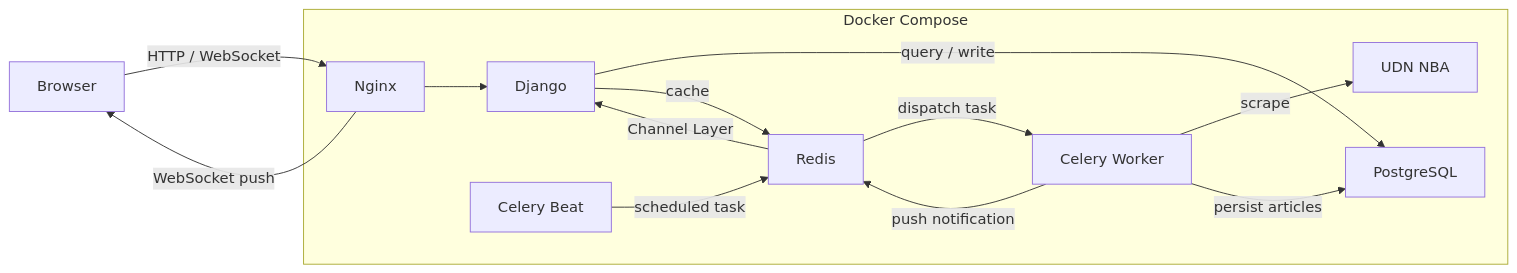
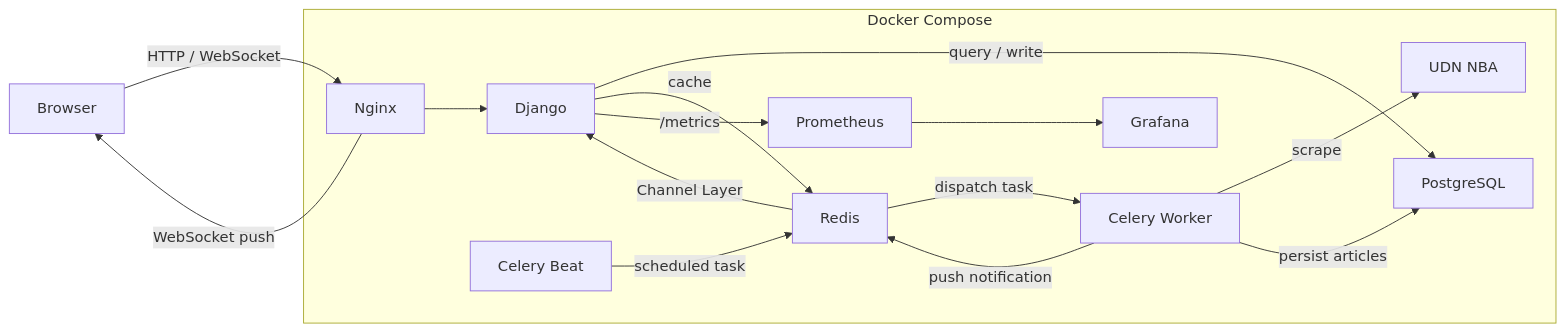
One commit to chaoting-sun/news-ingestion-platform changed the diagram in README.md. Above: the diagram before and after it, drawn with Mermaid. The commit also changed other lines of this file, not shown here.

Commit message:
docs: enhance README with observability features, including structured logging and Prometheus metrics, and update service count for Docker Compose deployment

````diff
--- a/README.md
+++ b/README.md
@@ -16,20 +18,22 @@
 ```mermaid
 flowchart LR
     User["Browser"]
     UDN["UDN NBA"]
 
     subgraph Docker Compose
         Nginx --> Django
         Django -- query / write --> PostgreSQL
         Django -- cache --> Redis
+        Django -- /metrics --> Prometheus
+        Prometheus --> Grafana
 
         Beat["Celery Beat"] -- scheduled task --> Redis
         Redis -- dispatch task --> Worker["Celery Worker"]
         Worker -- scrape --> UDN
         Worker -- persist articles --> PostgreSQL
         Worker -- push notification --> Redis -- Channel Layer --> Django
     end
 
     User -- HTTP / WebSocket --> Nginx
     Nginx -- WebSocket push --> User
 ```
````
